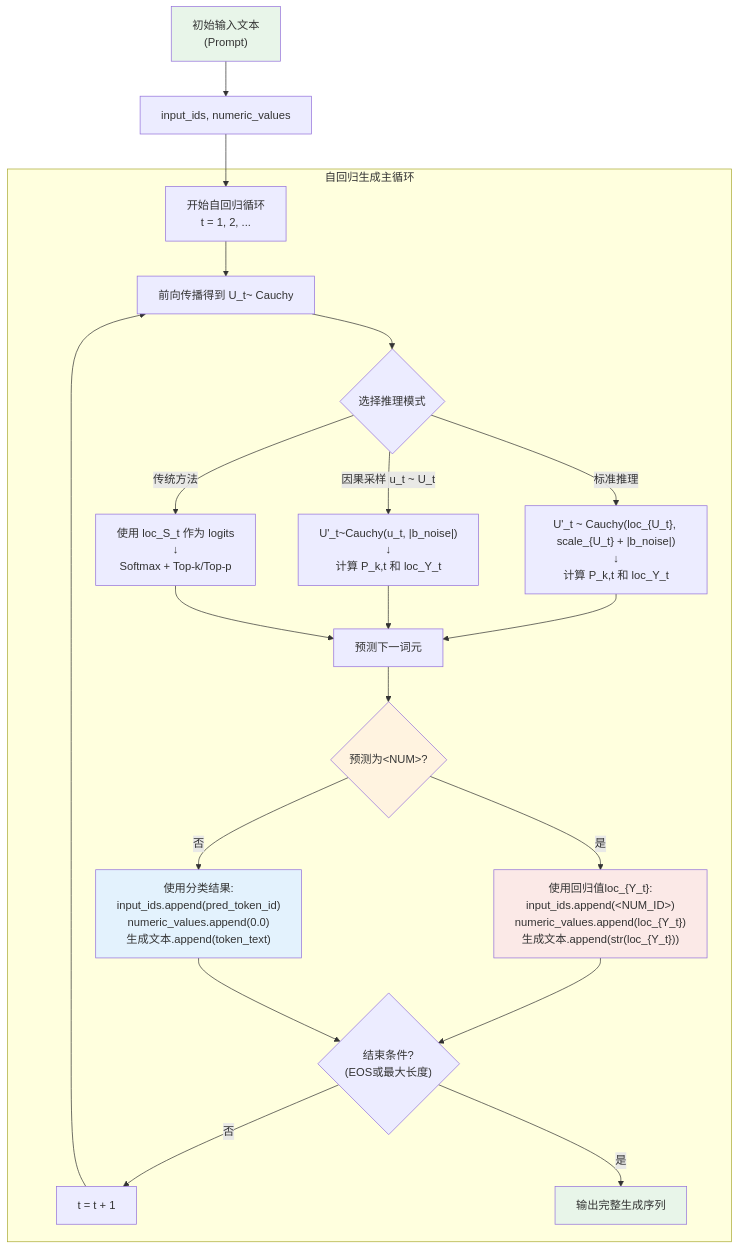
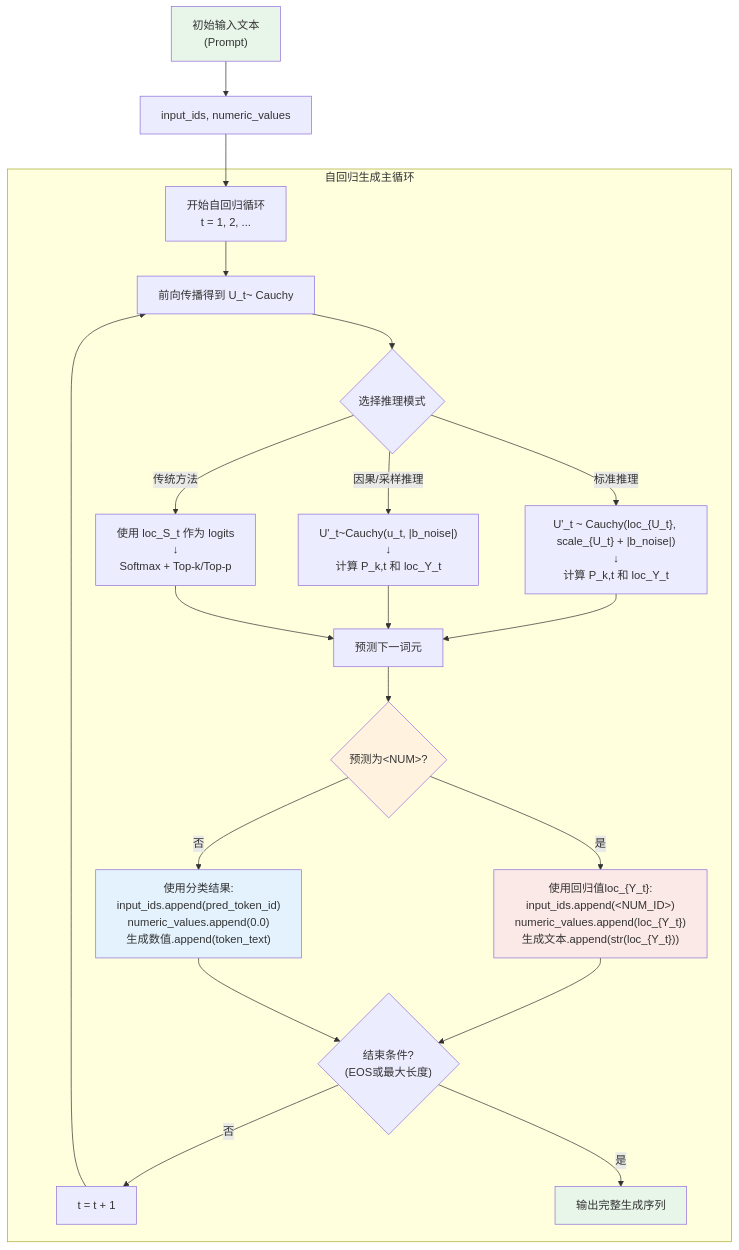
One commit to 1587causalai/CausalQwen changed the fifth of 9 diagrams in docs/core_mathematical_framework_num_extended.md. Above: the diagram before and after it, drawn with Mermaid. The commit also changed other lines of this file, not shown here.

````diff
--- a/docs/core_mathematical_framework_num_extended.md
+++ b/docs/core_mathematical_framework_num_extended.md
@@ -506,39 +506,39 @@
 ```mermaid
 graph TB
     Start["初始输入文本<br>(Prompt)"] --> Tokenize["input_ids, numeric_values"]
     
     Tokenize --> Loop["开始自回归循环<br>t = 1, 2, ..."]
     
     subgraph "自回归生成主循环"
         Loop --> Forward["前向传播得到 U_t~ Cauchy"]
 
         Forward --> Branch{选择推理模式}
 
         Branch -->|标准推理| Std["U'_t ~ Cauchy(loc_{U_t}, scale_{U_t} + |b_noise|)<br>↓<br>计算 P_k,t 和 loc_Y_t"]
-        Branch -->|因果采样 u_t ~ U_t| Causal["U'_t~Cauchy(u_t, |b_noise|)<br>↓<br>计算 P_k,t 和 loc_Y_t"]
+        Branch -->|因果/采样推理| Causal["U'_t~Cauchy(u_t, |b_noise|)<br>↓<br>计算 P_k,t 和 loc_Y_t"]
         Branch -->|传统方法| Trad["使用 loc_S_t 作为 logits<br>↓<br>Softmax + Top-k/Top-p"]
         
         Std --> Predict["预测下一词元"]
         Causal --> Predict
         Trad --> Predict
         
         Predict --> IsNum{预测为&lt;NUM&gt;?}
 
         IsNum -->|是| NumPath["使用回归值loc_{Y_t}:<br>input_ids.append(&lt;NUM_ID&gt;)<br>numeric_values.append(loc_{Y_t})<br>生成文本.append(str(loc_{Y_t}))"]
-        IsNum -->|否| TextPath["使用分类结果:<br>input_ids.append(pred_token_id)<br>numeric_values.append(0.0)<br>生成文本.append(token_text)"]
+        IsNum -->|否| TextPath["使用分类结果:<br>input_ids.append(pred_token_id)<br>numeric_values.append(0.0)<br>生成数值.append(token_text)"]
         
         NumPath --> Check{"结束条件?<br>(EOS或最大长度)"}
         TextPath --> Check
         
         Check -->|否| Next["t = t + 1"]
         Check -->|是| End["输出完整生成序列"]
         
         Next --> Forward
     end
     
     style Start fill:#e8f5e9
     style End fill:#e8f5e9
     style IsNum fill:#fff3e0
     style NumPath fill:#fbe9e7
     style TextPath fill:#e3f2fd
 ```
````
